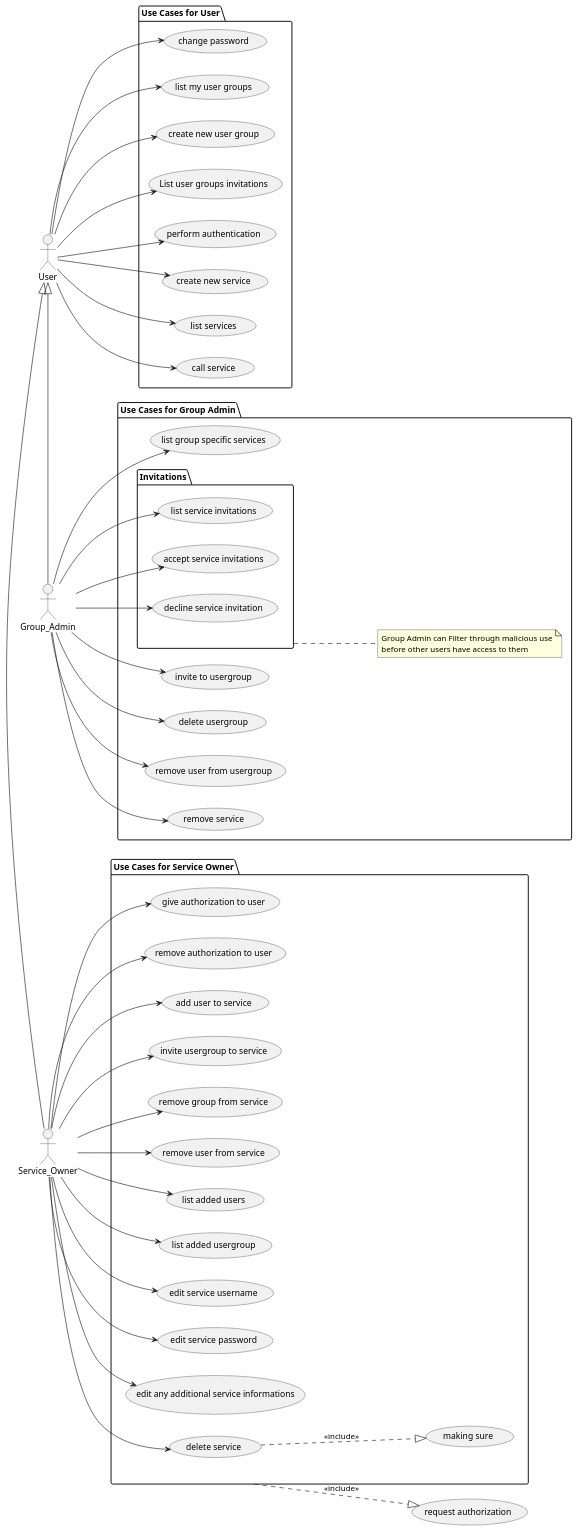
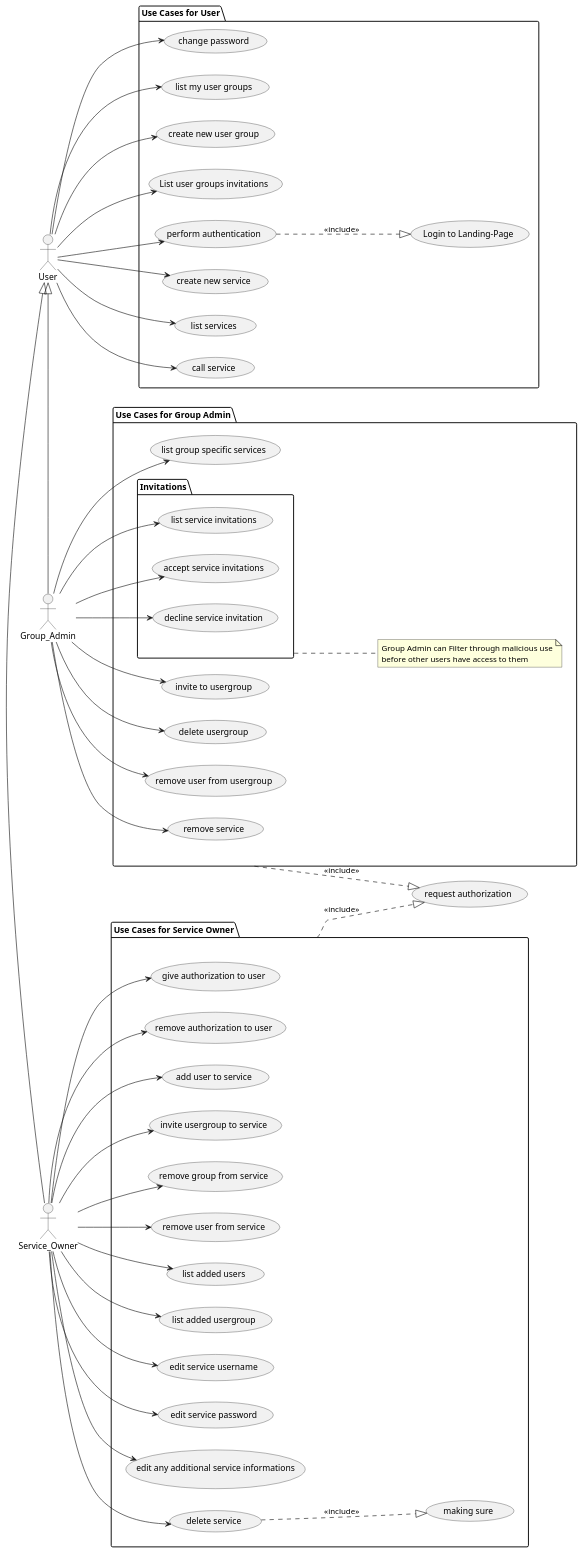
The diagram in doc/usecase.plantuml (sesogr/auth-share), drawn with PlantUML before and after one commit. The commit also changed 5 other files, not shown here.

```diff
--- a/doc/usecase.plantuml
+++ b/doc/usecase.plantuml
@@ -1,92 +1,97 @@
-@startuml
+@startuml UseCase AUTHSHARE
 
 left to right direction
 
 actor User
 actor Service_Owner
 actor Group_Admin
 
 User <|- Service_Owner
 User <|- Group_Admin
 
 package "Use Cases for User" {
     (perform authentication) as PA
     (create new service) as CNS
     (list services) as LS
     (call service) as CS
     (change password) as CP
     (list my user groups) as LMUG
     (create new user group) as CNUG
     (List user groups invitations) as LUGI
+    (Login to Landing-Page) as LOG
 }
 
+PA ..|> LOG : <<include>>
 User --> PA
 User --> CNS
 User --> LS
 User --> CS
 User --> CP
 User --> LMUG
 User --> CNUG
 User --> LUGI
 
 package "Use Cases for Service Owner" as SO{
     (edit service username) as ESU
     (edit service password) as ESP
     (edit any additional service informations) as EASI
     (delete service) as DS
     
     (give authorization to user) as G_AUTH
     (remove authorization to user) as R_AUTH
     (add user to service) as AUTS
     (invite usergroup to service) as IUFS
     (remove group from service) as RGFS
     (remove user from service) as RUFS
     (list added users) as LAU
     (list added usergroup) as LAG
     (making sure) as MS
 }
 
 (request authorization) as AUTH
 
 DS ..|> MS : <<include>>
 Service_Owner --> ESU
 Service_Owner --> ESP
 Service_Owner --> EASI
 Service_Owner --> DS
 SO ..|> AUTH : <<include>>
 Service_Owner --> G_AUTH
 Service_Owner --> R_AUTH
 Service_Owner --> AUTS
 Service_Owner --> IUFS
 Service_Owner --> RGFS
 Service_Owner --> RUFS
 Service_Owner --> LAU
 Service_Owner --> LAG
 
-package "Use Cases for Group Admin" {
+package "Use Cases for Group Admin" as GO {
     (invite to usergroup) as ITG
     (delete usergroup) as DG
     (remove user from usergroup) as RUFG
     package "Invitations" as Invitations{
     (list service invitations) as LSI
     (accept service invitations) as ASI
     (decline service invitation) as DSI
     }
     note right of Invitations
     Group Admin can Filter through malicious use
     before other users have access to them
     end note
     (remove service) as RS
     (list group specific services) as LGSS
 }
 
+(request authorization) as AUTH
+
+GO ..|> AUTH : <<include>>
 Group_Admin --> ITG
 Group_Admin --> DG
 Group_Admin --> RUFG
 Group_Admin --> LSI
 Group_Admin --> ASI
 Group_Admin --> DSI
 Group_Admin --> RS
 Group_Admin --> LGSS
 
 @enduml
```
